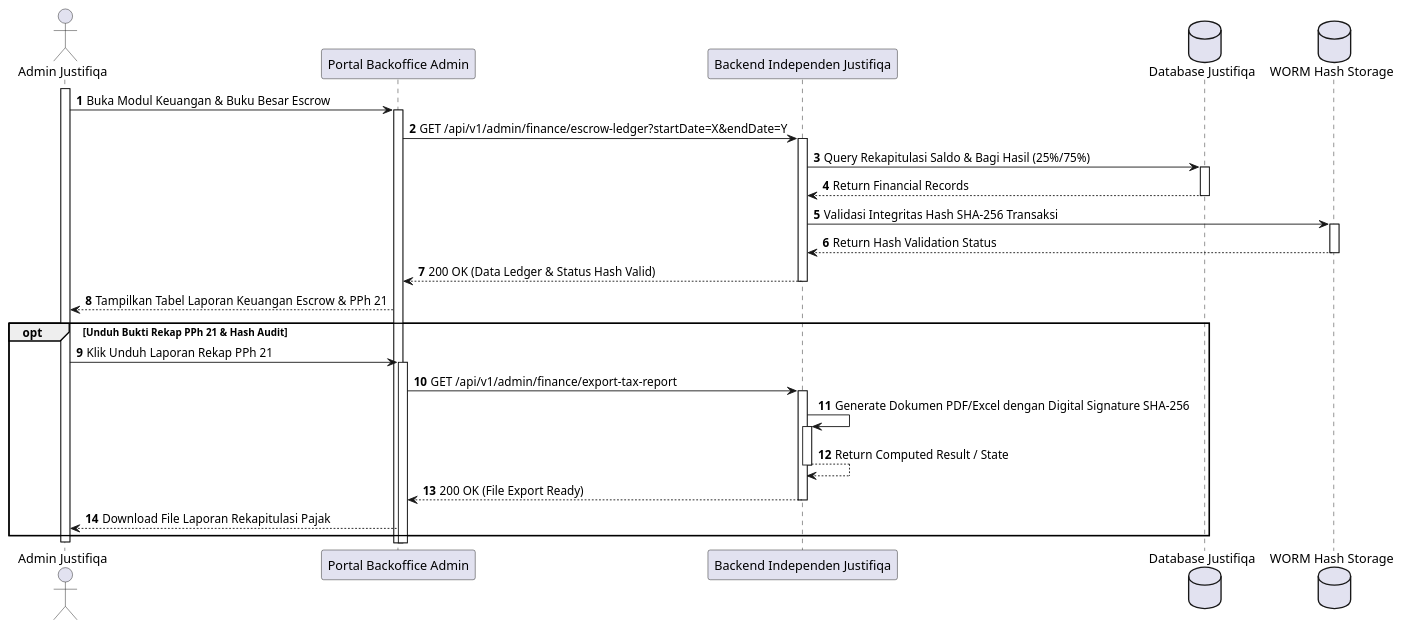
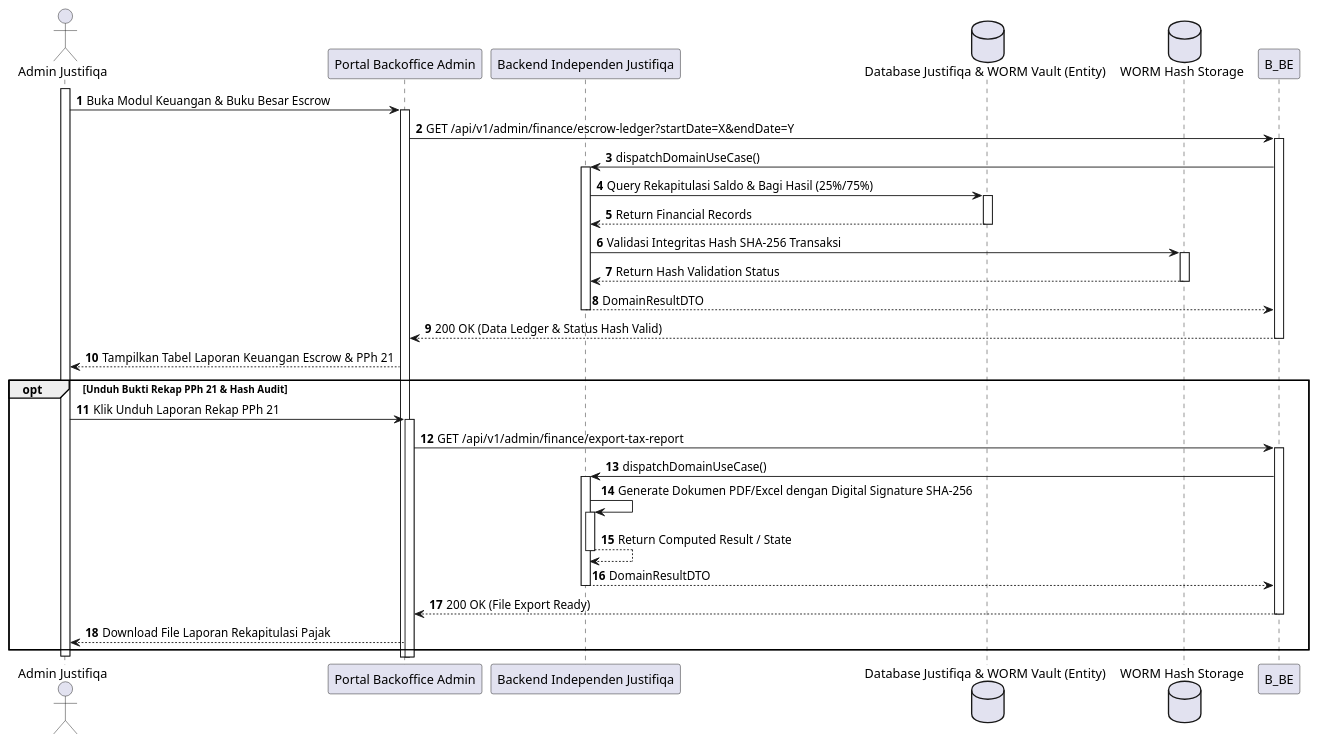
Diagram 12 of 28 in MarkDown/plantuml_sequence_diagrams.md (tupperwureism/SuperApp-Gagal), drawn with PlantUML before and after one commit. The commit also changed other lines of this file and 1 other file, not shown here.

Commit message:
refactor(sequence-diagrams): upgrade all 28 Sequence Diagrams to Component-Level 5-Lifeline BCE Architecture

````diff
--- a/MarkDown/plantuml_sequence_diagrams.md
+++ b/MarkDown/plantuml_sequence_diagrams.md
@@ -1018,30 +828,34 @@
 ```plantuml
 @startuml
 autonumber
 actor "Admin Justifiqa" as Admin
-participant "Portal Backoffice Admin" as FE
-participant "Backend Independen Justifiqa" as BE
-database "Database Justifiqa" as DB
+participant "Portal Backoffice Admin" as B_FE
+participant "Backend Independen Justifiqa" as C_Svc
+database "Database Justifiqa & WORM Vault (Entity)" as E_DB
 database "WORM Hash Storage" as WORM
 
 activate Admin
-Admin -> FE ++ : Buka Modul Keuangan & Buku Besar Escrow
-FE -> BE ++ : GET /api/v1/admin/finance/escrow-ledger?startDate=X&endDate=Y
-BE -> DB ++ : Query Rekapitulasi Saldo & Bagi Hasil (25%/75%)
-DB --> BE -- : Return Financial Records
-BE -> WORM ++ : Validasi Integritas Hash SHA-256 Transaksi
-WORM --> BE -- : Return Hash Validation Status
-BE --> FE -- : 200 OK (Data Ledger & Status Hash Valid)
-FE --> Admin : Tampilkan Tabel Laporan Keuangan Escrow & PPh 21
+Admin -> B_FE ++ : Buka Modul Keuangan & Buku Besar Escrow
+B_FE -> B_BE ++ : GET /api/v1/admin/finance/escrow-ledger?startDate=X&endDate=Y
+    B_BE -> C_Svc ++ : dispatchDomainUseCase()
+C_Svc -> E_DB ++ : Query Rekapitulasi Saldo & Bagi Hasil (25%/75%)
+E_DB --> C_Svc -- : Return Financial Records
+C_Svc -> WORM ++ : Validasi Integritas Hash SHA-256 Transaksi
+WORM --> C_Svc -- : Return Hash Validation Status
+C_Svc --> B_BE -- : DomainResultDTO
+    B_BE --> B_FE -- : 200 OK (Data Ledger & Status Hash Valid)
+B_FE --> Admin : Tampilkan Tabel Laporan Keuangan Escrow & PPh 21
 
 opt Unduh Bukti Rekap PPh 21 & Hash Audit
-    Admin -> FE ++ : Klik Unduh Laporan Rekap PPh 21
-    FE -> BE ++ : GET /api/v1/admin/finance/export-tax-report
-    BE -> BE ++ : Generate Dokumen PDF/Excel dengan Digital Signature SHA-256
-    BE --> BE -- : Return Computed Result / State
-    BE --> FE -- : 200 OK (File Export Ready)
-    FE --> Admin : Download File Laporan Rekapitulasi Pajak
+    Admin -> B_FE ++ : Klik Unduh Laporan Rekap PPh 21
+    B_FE -> B_BE ++ : GET /api/v1/admin/finance/export-tax-report
+    B_BE -> C_Svc ++ : dispatchDomainUseCase()
+    C_Svc -> C_Svc ++ : Generate Dokumen PDF/Excel dengan Digital Signature SHA-256
+    C_Svc --> C_Svc -- : Return Computed Result / State
+    C_Svc --> B_BE -- : DomainResultDTO
+    B_BE --> B_FE -- : 200 OK (File Export Ready)
+    B_FE --> Admin : Download File Laporan Rekapitulasi Pajak
 end
 deactivate Admin
 @enduml
 ```
````
